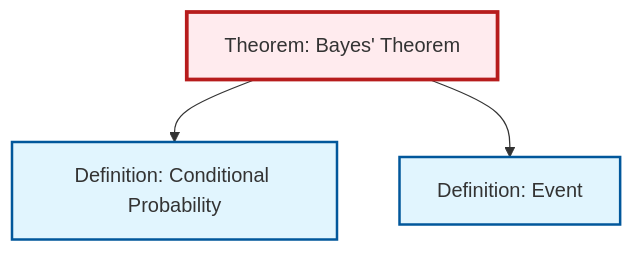
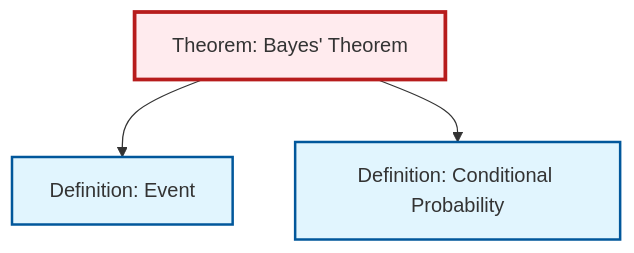
Before and after one commit to RK0429/ModernMath: the diagram in content/en/probability-statistics/thm-bayes.qmd, drawn with Mermaid. The commit also changed other lines of this file and 581 other files, not shown here.

````diff
--- a/content/en/probability-statistics/thm-bayes.qmd
+++ b/content/en/probability-statistics/thm-bayes.qmd
@@ -88,17 +88,17 @@
 ```{mermaid}
 %%| fig-cap: "Local dependency graph"
 graph TD
     classDef definition fill:#e1f5fe,stroke:#01579b,stroke-width:2px
     classDef theorem fill:#f3e5f5,stroke:#4a148c,stroke-width:2px
     classDef axiom fill:#fff3e0,stroke:#e65100,stroke-width:2px
     classDef example fill:#e8f5e9,stroke:#1b5e20,stroke-width:2px
     classDef current fill:#ffebee,stroke:#b71c1c,stroke-width:3px
+    def-conditional-probability["Definition: Conditional Probability"]:::definition
+    thm-bayes["Theorem: Bayes' Theorem"]:::theorem
     def-event["Definition: Event"]:::definition
-    thm-bayes["Theorem: Bayes' Theorem"]:::theorem
-    def-conditional-probability["Definition: Conditional Probability"]:::definition
+    thm-bayes --> def-event
     thm-bayes --> def-conditional-probability
-    thm-bayes --> def-event
     class thm-bayes current
+    click def-conditional-probability "def-conditional-probability.html" "Go to Conditional Probability definition"
     click def-event "def-event.html" "Go to Event definition"
-    click def-conditional-probability "def-conditional-probability.html" "Go to Conditional Probability definition"
 ```
````
